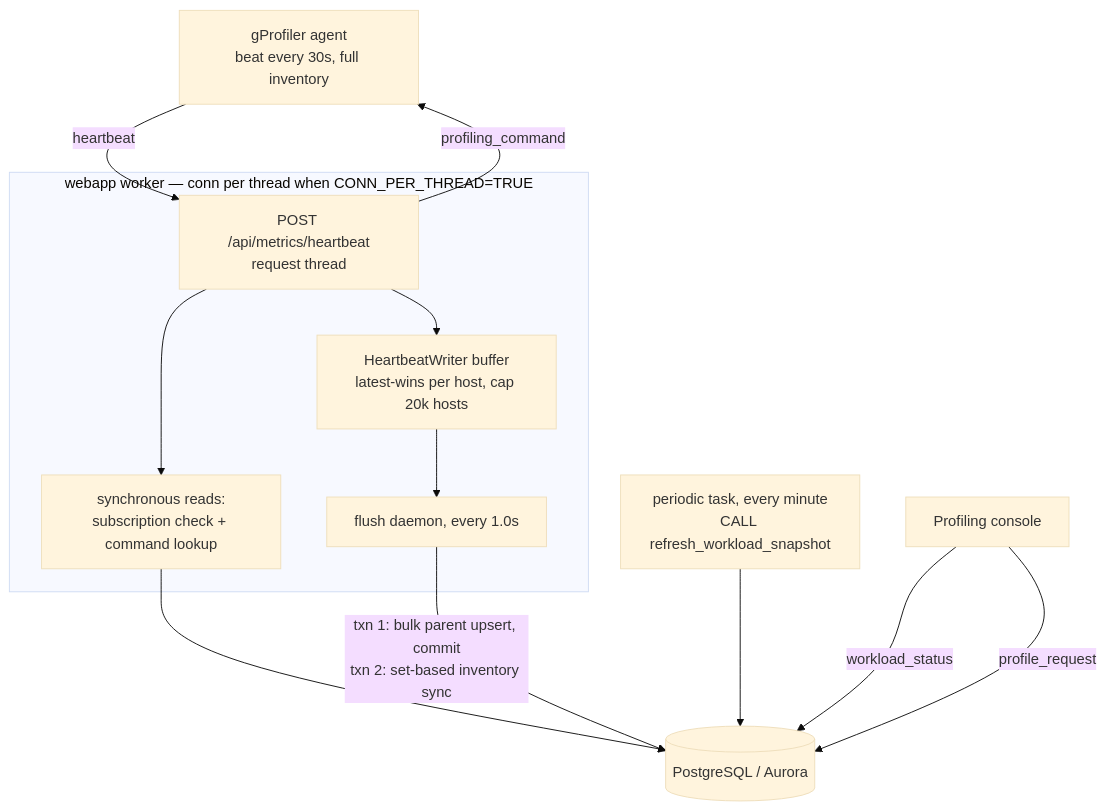
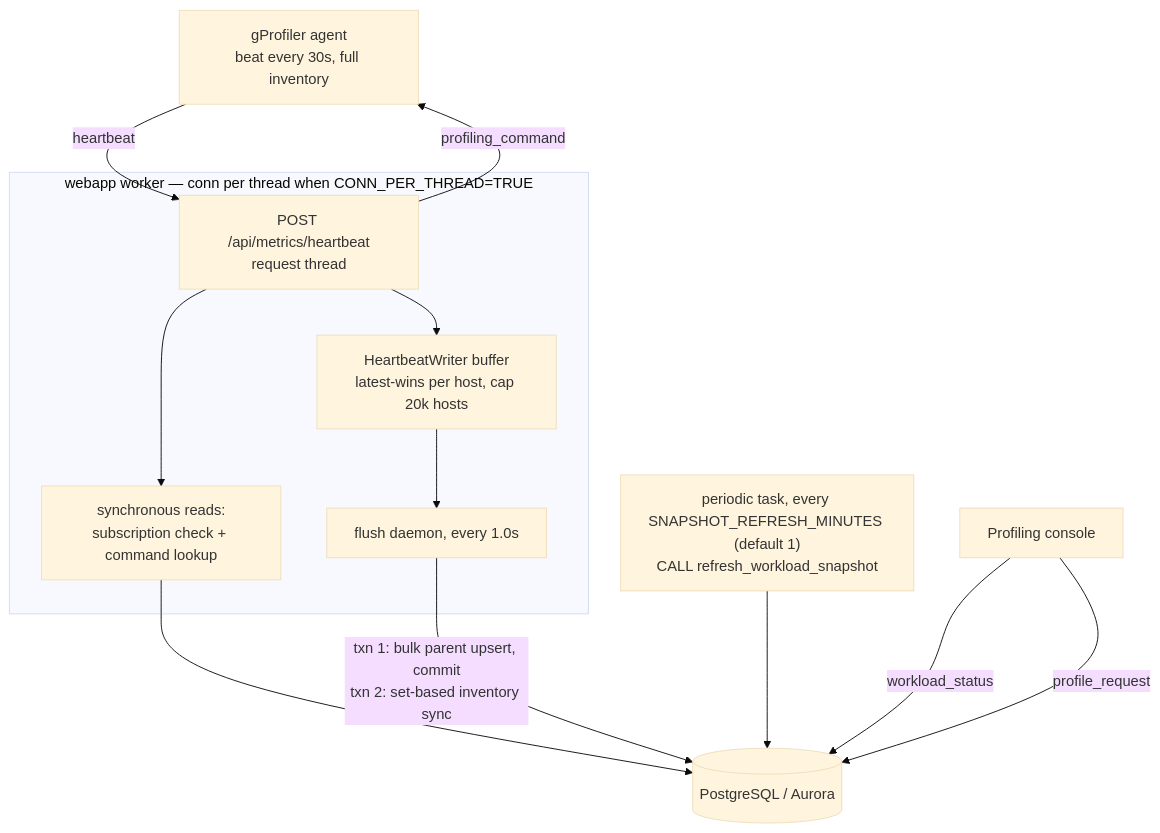
One commit to pinterest/gprofiler-performance-studio changed the second of 2 diagrams in heartbeat_doc/WORKLOAD_LEVEL_PROFILING_SPEC.md. Above: the diagram before and after it, drawn with Mermaid (base theme). The commit also changed other lines of this file and 1 other file, not shown here.

First line of the commit message:
Make the workload snapshot refresh interval configurable (#129)

````diff
--- a/heartbeat_doc/WORKLOAD_LEVEL_PROFILING_SPEC.md
+++ b/heartbeat_doc/WORKLOAD_LEVEL_PROFILING_SPEC.md
@@ -269,26 +269,26 @@
 ```mermaid
 flowchart TB
     AGENT["gProfiler agent<br/>beat every 30s, full inventory"]
 
     subgraph WEBAPP["webapp worker — conn per thread when CONN_PER_THREAD=TRUE"]
         REQ["POST /api/metrics/heartbeat<br/>request thread"]
         SYNC["synchronous reads:<br/>subscription check + command lookup"]
         BUF["HeartbeatWriter buffer<br/>latest-wins per host, cap 20k hosts"]
         FLUSH["flush daemon, every 1.0s"]
     end
 
     DB[("PostgreSQL / Aurora")]
-    CRON["periodic task, every minute<br/>CALL refresh_workload_snapshot"]
+    CRON["periodic task, every SNAPSHOT_REFRESH_MINUTES (default 1)<br/>CALL refresh_workload_snapshot"]
     UI["Profiling console"]
 
     AGENT -->|"heartbeat"| REQ
     REQ --> SYNC
     REQ --> BUF
     SYNC --> DB
     BUF --> FLUSH
     FLUSH -->|"txn 1: bulk parent upsert, commit<br/>txn 2: set-based inventory sync"| DB
     REQ -->|"profiling_command"| AGENT
     CRON --> DB
     UI -->|"workload_status"| DB
     UI -->|"profile_request"| DB
 ```
````
